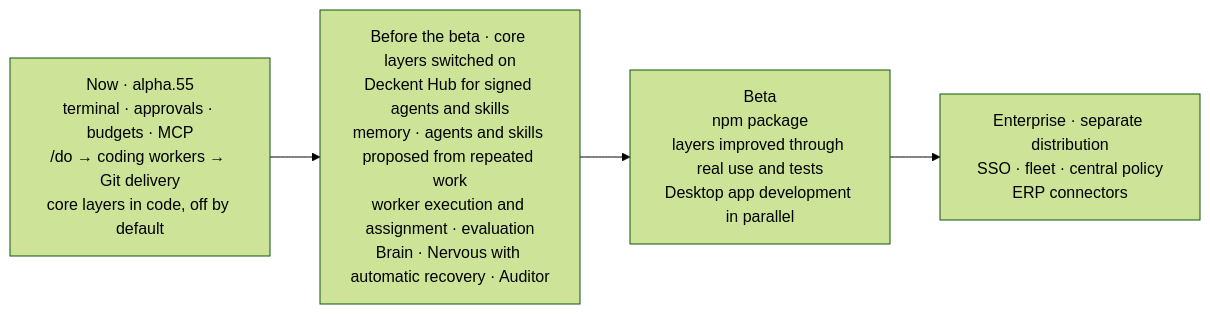
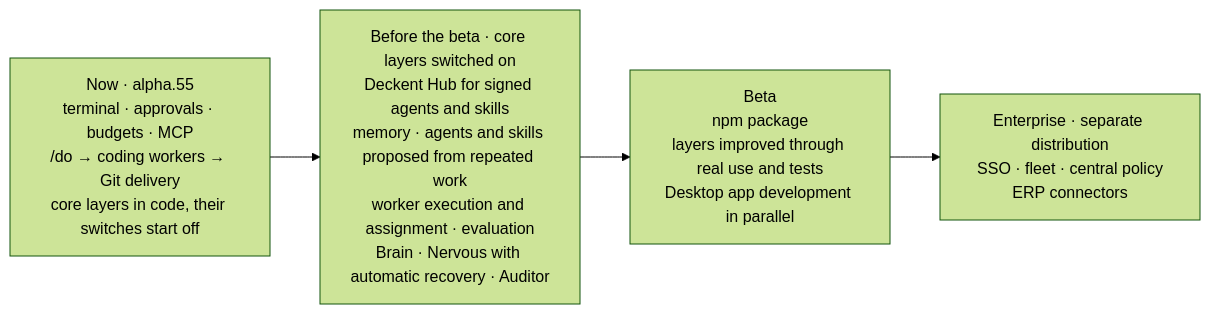
Before and after one commit to Verhex/deckent-next: the sixth of 6 diagrams in README.md, drawn with Mermaid (forest theme). The commit also changed 8 other files, not shown here.

````diff
--- a/README.md
+++ b/README.md
@@ -529,6 +529,6 @@
 ```mermaid
 flowchart LR
-  N["Now · alpha.55<br/>terminal · approvals · budgets · MCP<br/>/do → coding workers → Git delivery<br/>core layers in code, off by default"] --> C["Before the beta · core layers switched on<br/>Deckent Hub for signed agents and skills<br/>memory · agents and skills proposed from repeated work<br/>worker execution and assignment · evaluation<br/>Brain · Nervous with automatic recovery · Auditor"]
+  N["Now · alpha.55<br/>terminal · approvals · budgets · MCP<br/>/do → coding workers → Git delivery<br/>core layers in code, their switches start off"] --> C["Before the beta · core layers switched on<br/>Deckent Hub for signed agents and skills<br/>memory · agents and skills proposed from repeated work<br/>worker execution and assignment · evaluation<br/>Brain · Nervous with automatic recovery · Auditor"]
   C --> B["Beta<br/>npm package<br/>layers improved through real use and tests<br/>Desktop app development in parallel"]
   B --> E["Enterprise · separate distribution<br/>SSO · fleet · central policy<br/>ERP connectors"]
 ```
````
